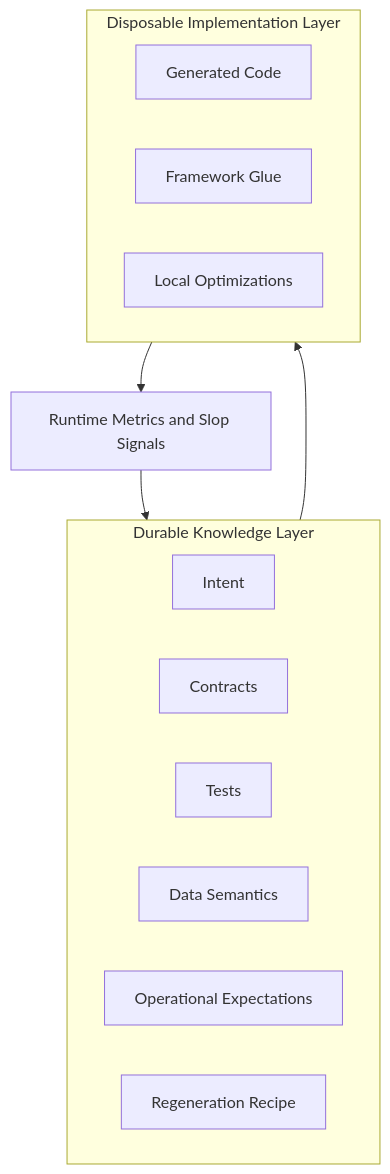
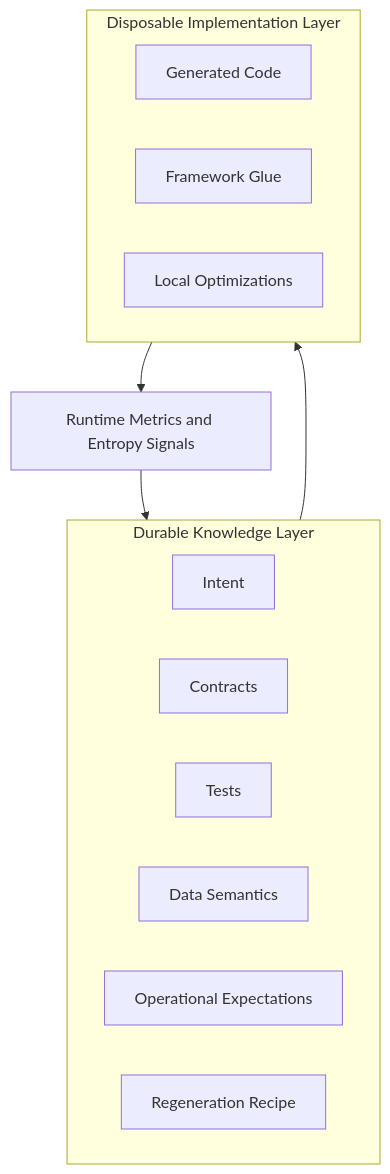
The second of 4 diagrams in README.md (MilanStarcevic/regenerable-architecture), drawn with Mermaid before and after one commit. The commit also changed other lines of this file and 20 other files, not shown here.

First line of the commit message:
Reformat docs, rename AI slop → implementation entropy, expand system.yaml

````diff
--- a/README.md
+++ b/README.md
@@ -78,21 +100,21 @@
 ```mermaid
 flowchart TB
     subgraph Durable["Durable Knowledge Layer"]
         I[Intent]
         C[Contracts]
         T[Tests]
         D[Data Semantics]
         O[Operational Expectations]
         R[Regeneration Recipe]
     end
 
     subgraph Disposable["Disposable Implementation Layer"]
         Code[Generated Code]
         Impl[Framework Glue]
         LocalOpt[Local Optimizations]
     end
 
     Durable --> Disposable
-    Disposable --> Metrics[Runtime Metrics and Slop Signals]
+    Disposable --> Metrics[Runtime Metrics and Entropy Signals]
     Metrics --> Durable
 ```
````
